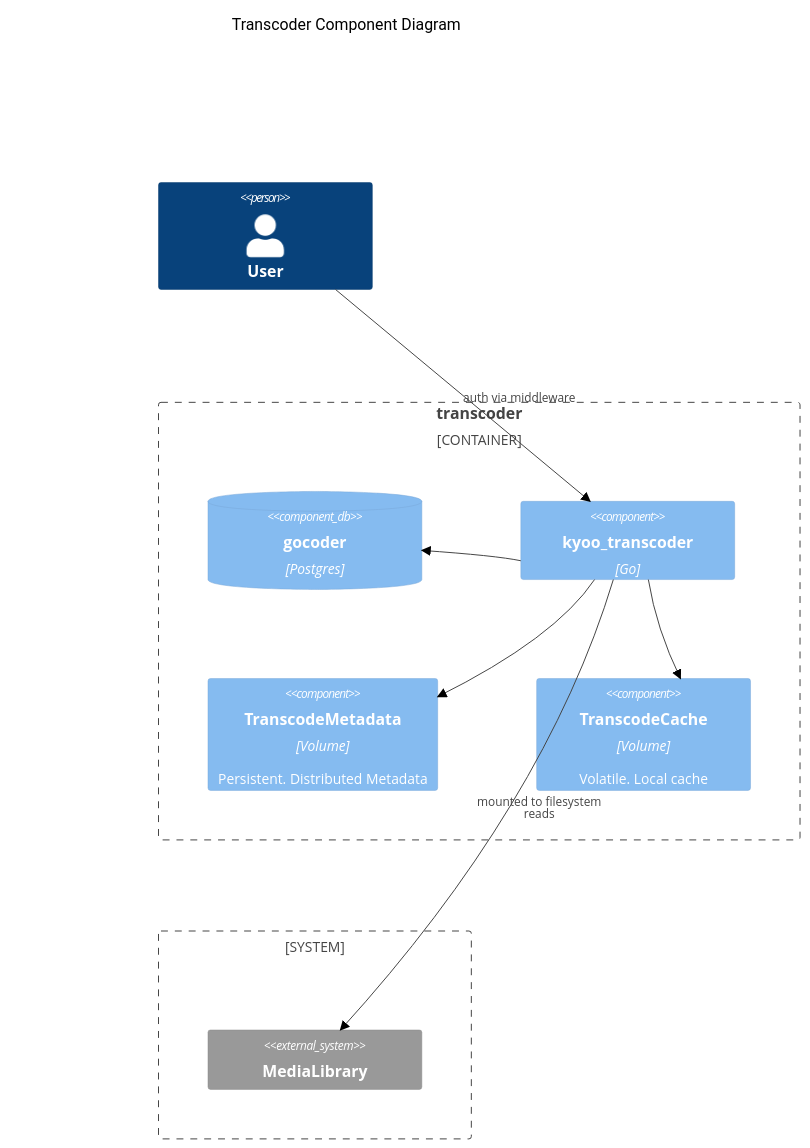
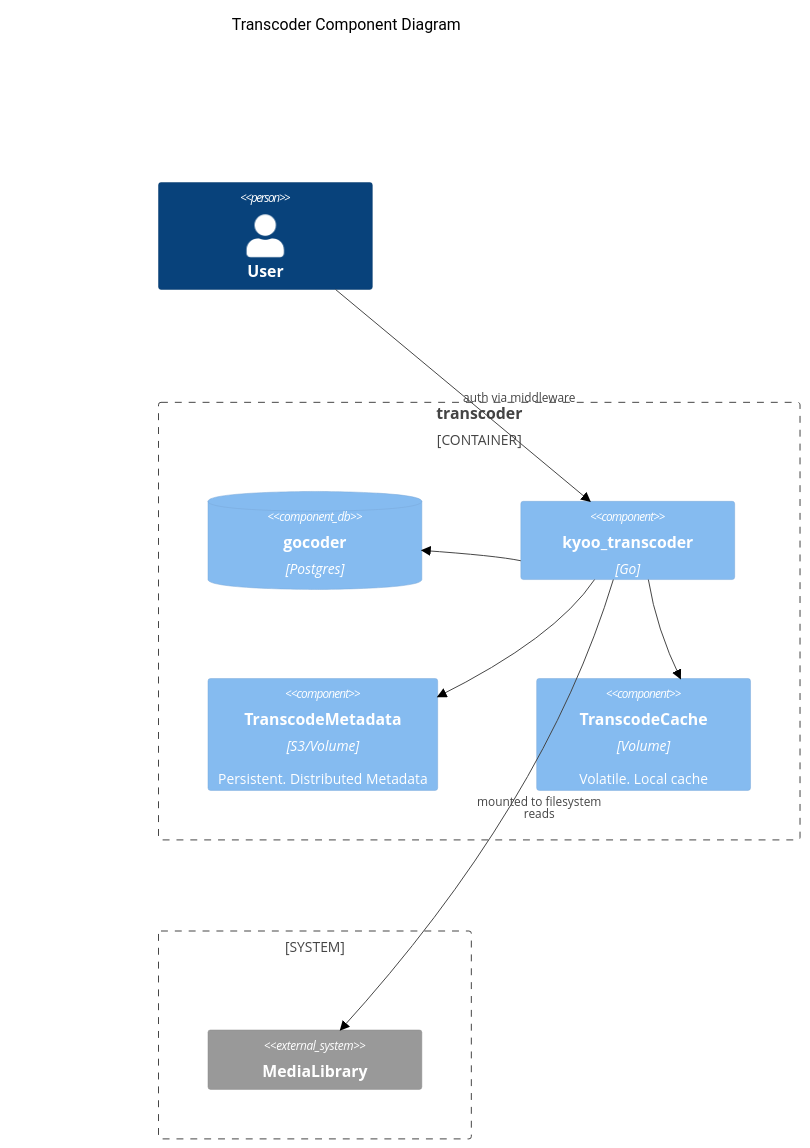
Before and after one commit to zoriya/Kyoo: the seventh of 8 diagrams in DIAGRAMS.md, drawn with Mermaid (forest theme). The commit also changed other lines of this file, not shown here.

Commit message:
update metadata storage + scanner docs

````diff
--- a/DIAGRAMS.md
+++ b/DIAGRAMS.md
@@ -192,25 +191,25 @@
 ```mermaid
 C4Component
   UpdateLayoutConfig($c4ShapeInRow="2", $c4BoundaryInRow="1")
   
   title Transcoder Component Diagram
 
   Person(user, "User")
 
   Container_Boundary(transcoder, "transcoder") {
     ComponentDb(transcoder_db1, "gocoder", "Postgres", "")
     Component(transcoder_c1, "kyoo_transcoder", "Go", "")
-    Component(transcoder_c2, "TranscodeMetadata", "Volume", "Persistent. Distributed Metadata")
+    Component(transcoder_c2, "TranscodeMetadata", "S3/Volume", "Persistent. Distributed Metadata")
     Component(transcoder_c3, "TranscodeCache", "Volume", "Volatile. Local cache")
   }
 
   System_Boundary(external, "") {
     System_Ext(media, "MediaLibrary", "")
   }
 
   Rel(user, transcoder_c1, "auth via middleware")
   Rel(transcoder_c1, media, "mounted to filesystem <br/> reads")
   Rel(transcoder_c1, transcoder_db1, "")
   Rel(transcoder_c1, transcoder_c2, "")
   Rel(transcoder_c1, transcoder_c3, "")
 ```
````
